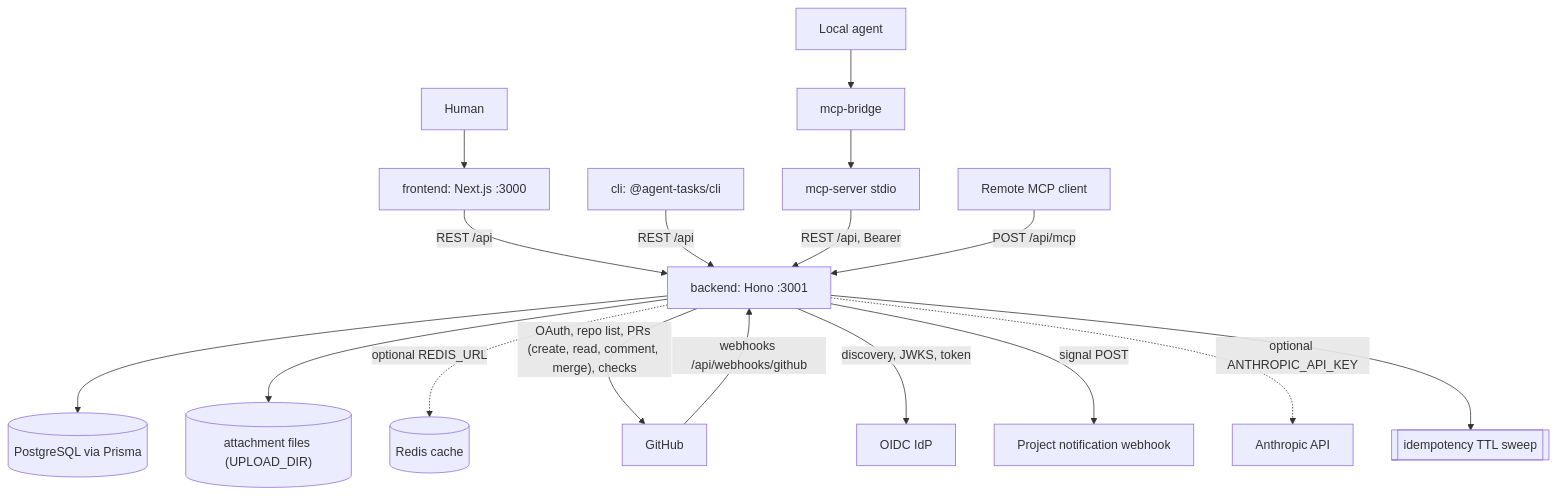
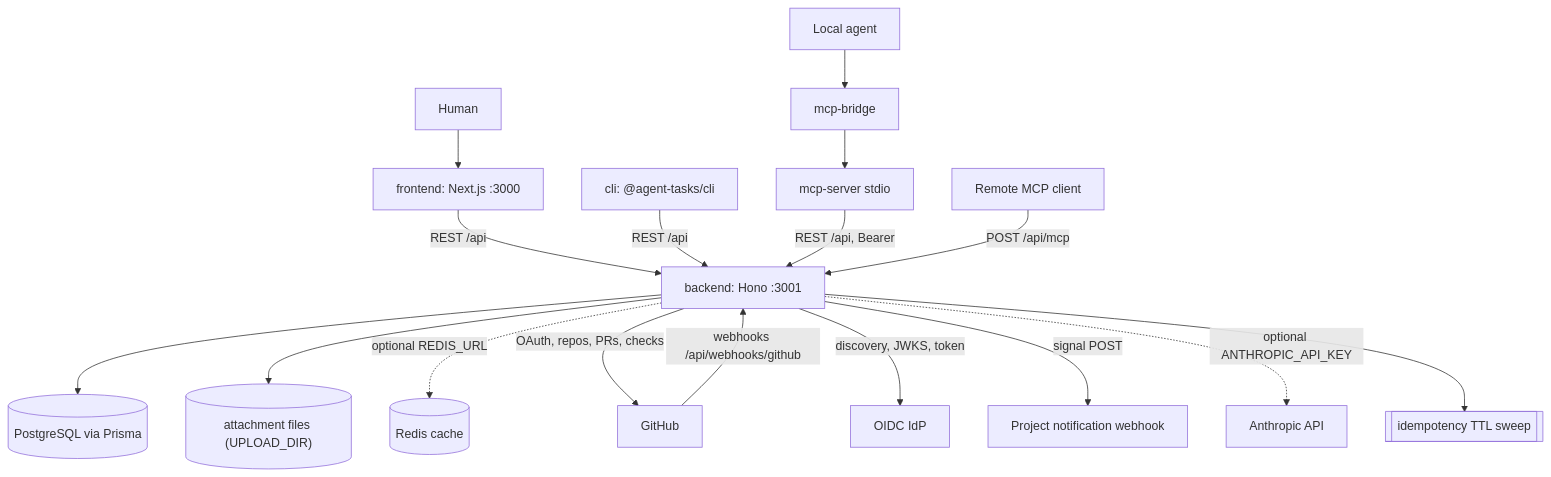
One commit to LanNguyenSi/agent-tasks changed the diagram in docs/diagrams/architecture-overview.mmd. Above: the diagram before and after it, drawn with Mermaid. The commit also changed 6 other files, not shown here.

```diff
--- a/docs/diagrams/architecture-overview.mmd
+++ b/docs/diagrams/architecture-overview.mmd
@@ -1,17 +1,17 @@
 flowchart TD
     Human[Human] --> FE["frontend: Next.js :3000"]
     FE -->|"REST /api"| BE["backend: Hono :3001"]
     CLI["cli: @agent-tasks/cli"] -->|"REST /api"| BE
     Agent[Local agent] --> Bridge[mcp-bridge]
     Bridge --> MCP[mcp-server stdio]
     MCP -->|"REST /api, Bearer"| BE
     Remote[Remote MCP client] -->|"POST /api/mcp"| BE
     BE --> PG[("PostgreSQL via Prisma")]
     BE --> Uploads[("attachment files (UPLOAD_DIR)")]
     BE -.->|optional REDIS_URL| Redis[(Redis cache)]
     GH[GitHub] -->|"webhooks /api/webhooks/github"| BE
-    BE -->|"OAuth, repo list, PRs (create, read, comment, merge), checks"| GH
+    BE -->|"OAuth, repos, PRs, checks"| GH
     BE -->|"discovery, JWKS, token"| IdP[OIDC IdP]
     BE -->|signal POST| Hook[Project notification webhook]
     BE -.->|optional ANTHROPIC_API_KEY| LLM[Anthropic API]
     BE --> Sweep[[idempotency TTL sweep]]
```
